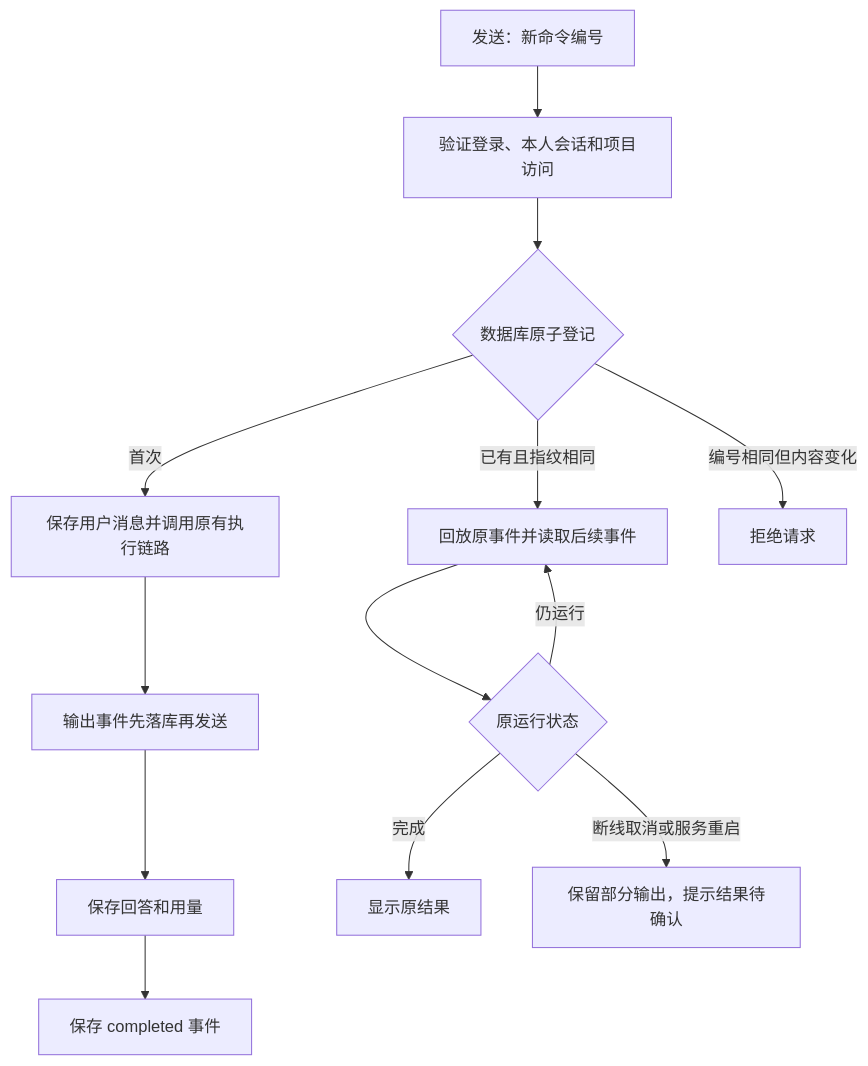
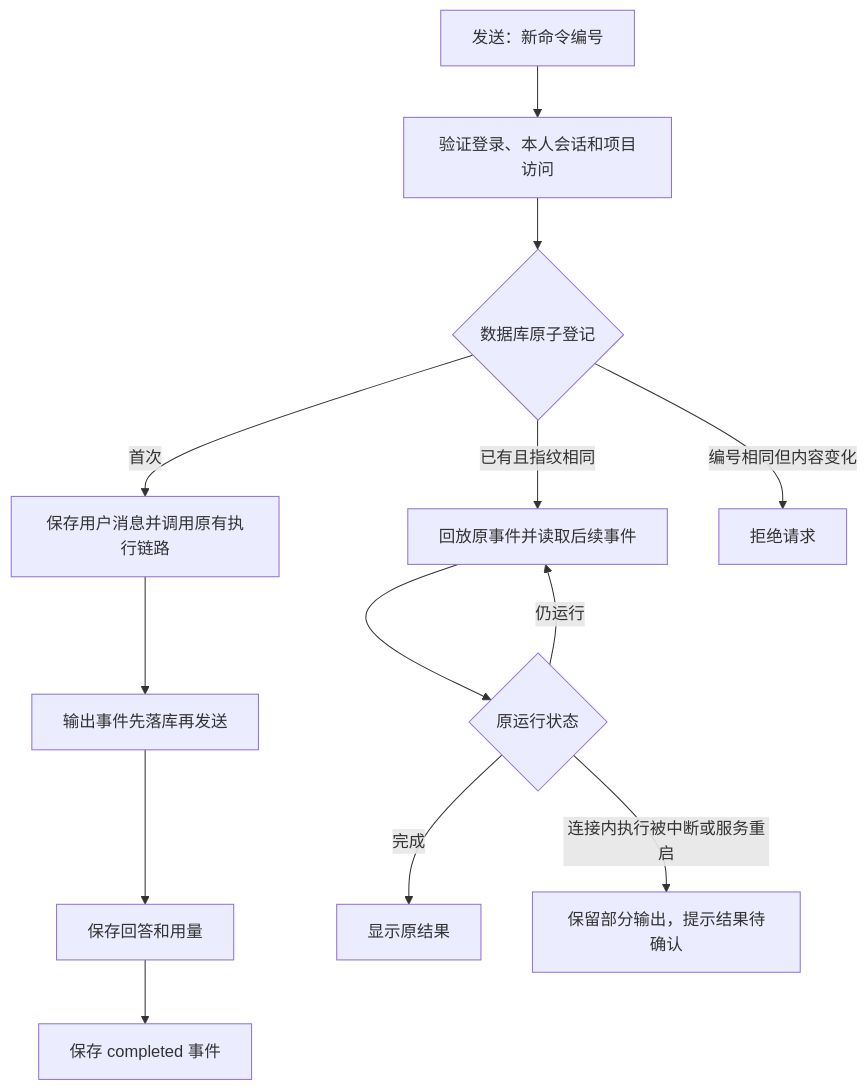
One commit to zhangle1/AiAgent changed the diagram in docs/chat-command-recovery.md. Above: the diagram before and after it, drawn with Mermaid. The commit also changed other lines of this file and 115 other files, not shown here.

````diff
--- a/docs/chat-command-recovery.md
+++ b/docs/chat-command-recovery.md
@@ -7,15 +7,15 @@
 ```mermaid
 flowchart TD
     A[发送：新命令编号] --> B[验证登录、本人会话和项目访问]
     B --> C{数据库原子登记}
     C -->|首次| D[保存用户消息并调用原有执行链路]
     C -->|已有且指纹相同| E[回放原事件并读取后续事件]
     C -->|编号相同但内容变化| F[拒绝请求]
     D --> G[输出事件先落库再发送]
     G --> H[保存回答和用量]
     H --> I[保存 completed 事件]
     E --> J{原运行状态}
     J -->|仍运行| E
     J -->|完成| K[显示原结果]
-    J -->|断线取消或服务重启| L[保留部分输出，提示结果待确认]
+    J -->|连接内执行被中断或服务重启| L[保留部分输出，提示结果待确认]
 ```
````
